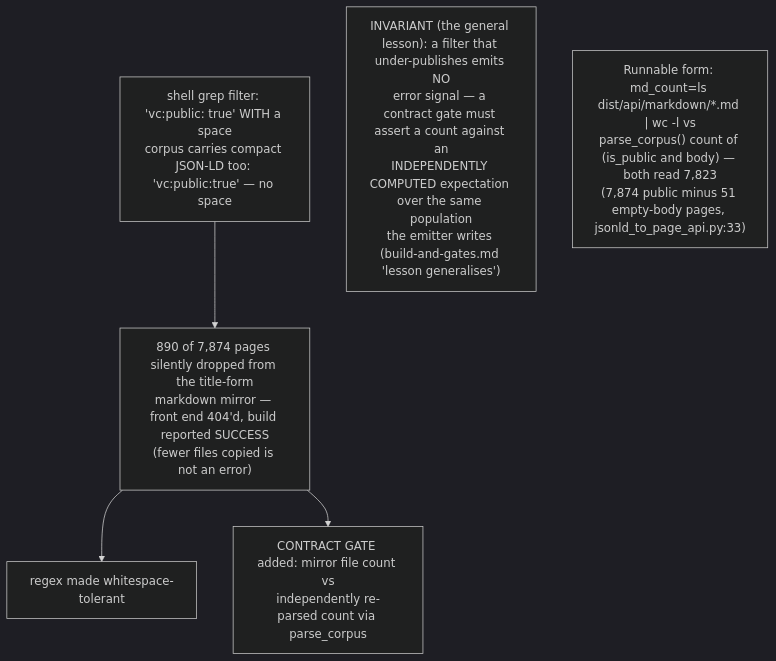
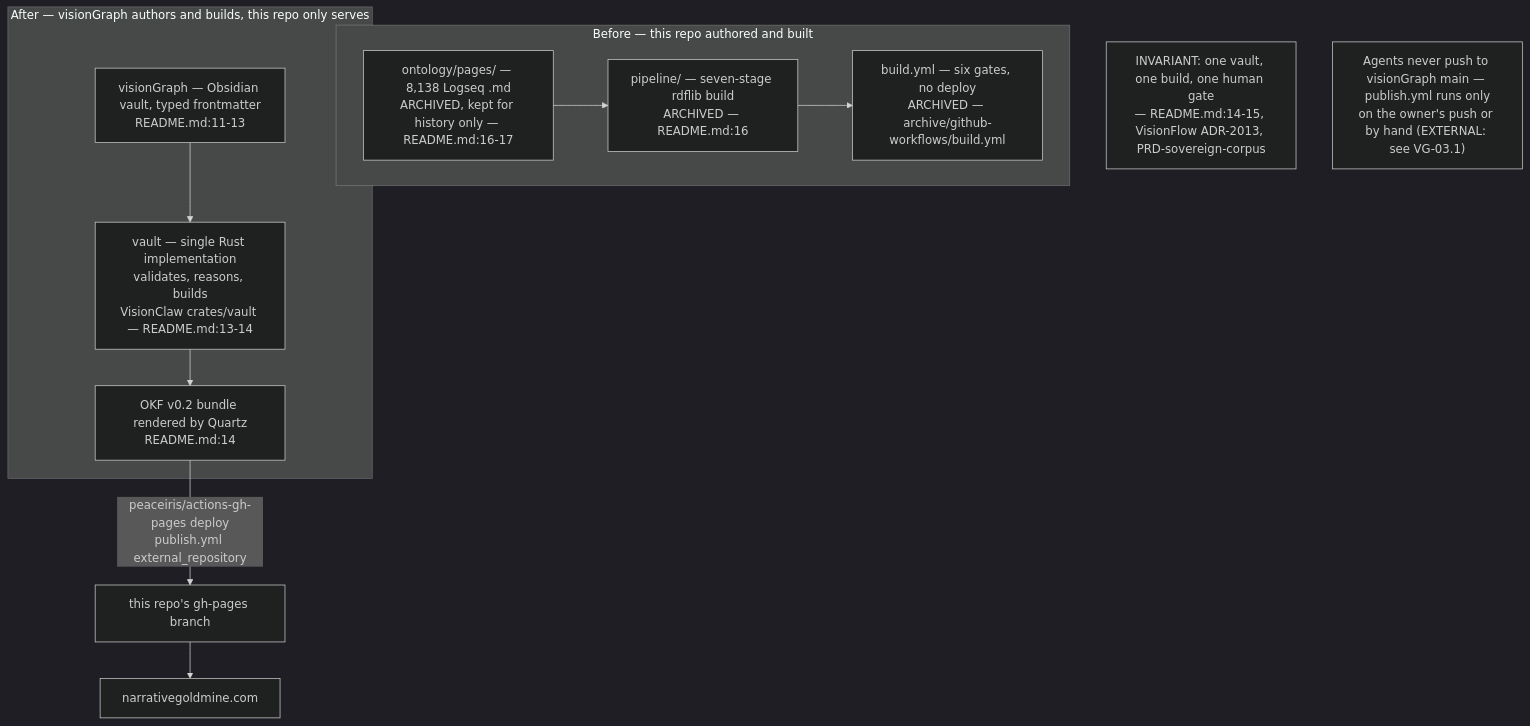
The second of 2 diagrams in docs/diagrams/knowledgegraph/05-ci-cd-and-publish.md (DreamLab-AI/VisionFlow), drawn with Mermaid (dark theme) before and after one commit. The commit also changed other lines of this file and 136 other files, not shown here.

First line of the commit message:
docs(diagrams): refresh the whole corpus to code HEAD and prune low-value diagrams

````diff
--- a/docs/diagrams/knowledgegraph/05-ci-cd-and-publish.md
+++ b/docs/diagrams/knowledgegraph/05-ci-cd-and-publish.md
@@ -70,11 +38,19 @@
 ```mermaid
 flowchart TB
-    BUG["shell grep filter: 'vc:public: true' WITH a space<br/>corpus carries compact JSON-LD too: 'vc:public:true' — no space"]
-    IMPACT["890 of 7,874 pages silently dropped from the title-form<br/>markdown mirror — front end 404'd, build reported SUCCESS<br/>(fewer files copied is not an error)"]
-    FIX1["regex made whitespace-tolerant"]
-    FIX2["CONTRACT GATE added: mirror file count vs<br/>independently re-parsed count via parse_corpus"]
-    BUG --> IMPACT --> FIX1
-    IMPACT --> FIX2
-    note1["INVARIANT #40;the general lesson#41;: a filter that under-publishes emits NO<br/>error signal — a contract gate must assert a count against an<br/>INDEPENDENTLY COMPUTED expectation over the same population<br/>the emitter writes (build-and-gates.md 'lesson generalises')"]
-    note2["Runnable form: md_count#61;ls dist/api/markdown/*.md | wc -l vs<br/>parse_corpus#40;#41; count of #40;is_public and body#41; — both read 7,823<br/>#40;7,874 public minus 51 empty-body pages, jsonld_to_page_api.py:33#41;"]
+    subgraph BEFORE["Before — this repo authored and built"]
+        OLDONT["ontology/pages/ — 8,138 Logseq .md<br/>ARCHIVED, kept for history only — README.md:16-17"]
+        OLDPIPE["pipeline/ — seven-stage rdflib build<br/>ARCHIVED — README.md:16"]
+        OLDCI["build.yml — six gates, no deploy<br/>ARCHIVED — archive/github-workflows/build.yml"]
+        OLDONT --> OLDPIPE --> OLDCI
+    end
+    subgraph AFTER["After — visionGraph authors and builds, this repo only serves"]
+        VGVAULT["visionGraph — Obsidian vault, typed frontmatter<br/>README.md:11-13"]
+        RUSTVAULT["vault — single Rust implementation<br/>validates, reasons, builds<br/>VisionClaw crates/vault — README.md:13-14"]
+        OKF["OKF v0.2 bundle rendered by Quartz<br/>README.md:14"]
+        VGVAULT --> RUSTVAULT --> OKF
+    end
+    OKF -->|"peaceiris/actions-gh-pages deploy<br/>publish.yml external_repository"| GHPAGES["this repo's gh-pages branch"]
+    GHPAGES --> SITE2["narrativegoldmine.com"]
+    note1["INVARIANT: one vault, one build, one human gate<br/>— README.md:14-15, VisionFlow ADR-2013, PRD-sovereign-corpus"]
+    note2["Agents never push to visionGraph main — publish.yml runs only<br/>on the owner's push or by hand (EXTERNAL: see VG-03.1)"]
 ```
````
